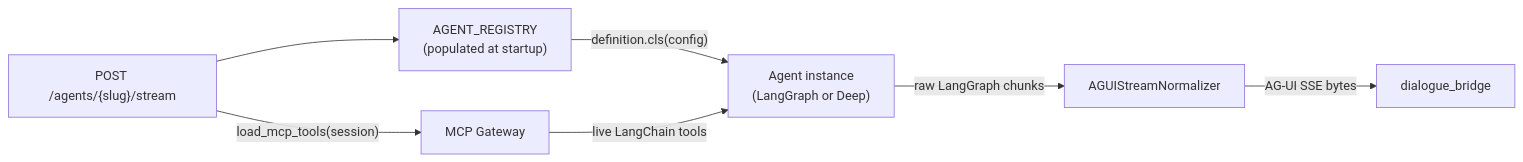
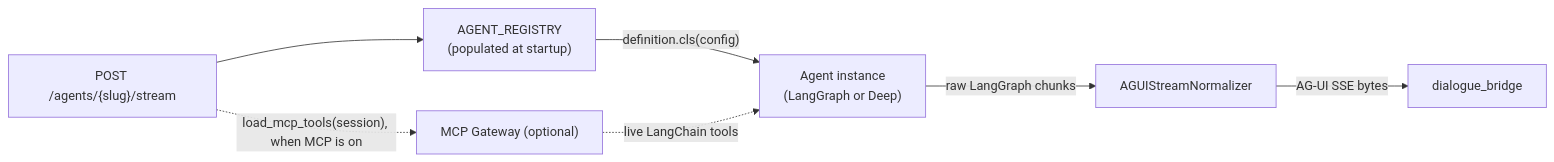
One commit to konstantinosmpouros/mAgenticX changed the first of 5 diagrams in docs/development/agent-development.md. Above: the diagram before and after it, drawn with Mermaid. The commit also changed other lines of this file and 31 other files, not shown here.

````diff
--- a/docs/development/agent-development.md
+++ b/docs/development/agent-development.md
@@ -9,16 +9,16 @@
 ```mermaid
 flowchart LR
     Registry["AGENT_REGISTRY\n(populated at startup)"]
     Stream["POST /agents/{slug}/stream"]
-    MCP["MCP Gateway"]
+    MCP["MCP Gateway (optional)"]
     Agent["Agent instance\n(LangGraph or Deep)"]
     Norm["AGUIStreamNormalizer"]
     Bridge["dialogue_bridge"]
 
     Registry -->|"definition.cls(config)"| Agent
     Stream --> Registry
-    Stream -->|"load_mcp_tools(session)"| MCP
-    MCP -->|"live LangChain tools"| Agent
+    Stream -.->|"load_mcp_tools(session), when MCP is on"| MCP
+    MCP -.->|"live LangChain tools"| Agent
     Agent -->|"raw LangGraph chunks"| Norm
     Norm -->|"AG-UI SSE bytes"| Bridge
 ```
````
